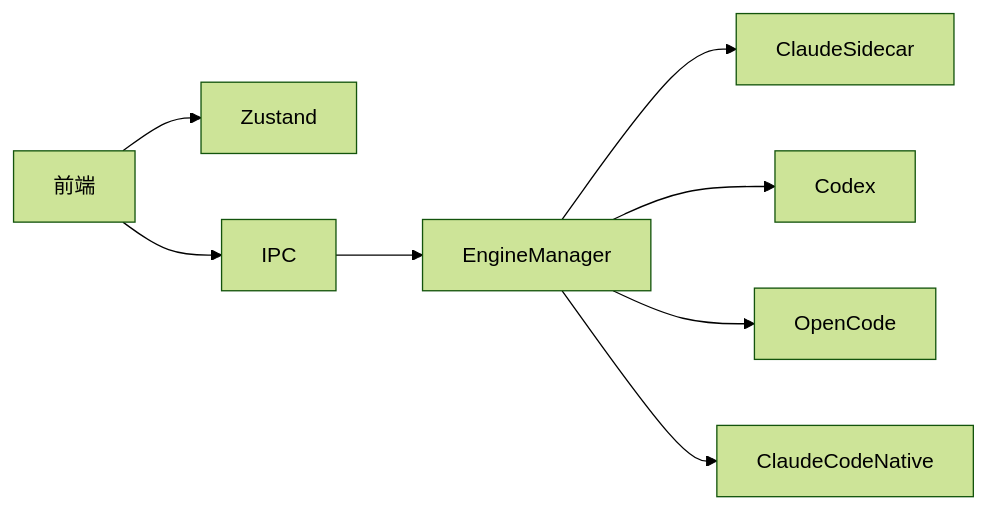
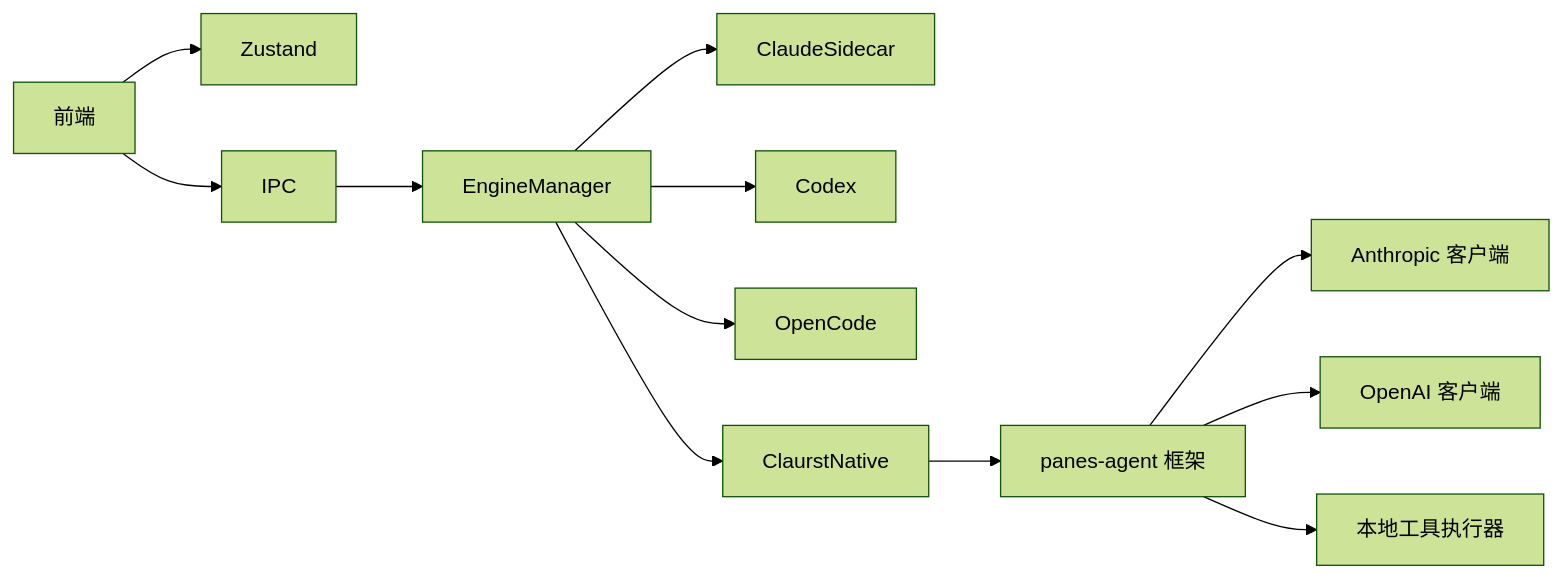
Before and after one commit to yattin/panes: the ninth of 9 diagrams in .qoder/repowiki/zh/content/核心功能/聊天和 AI 集成/AI 引擎管理.md, drawn with Mermaid (forest theme). The commit also changed other lines of this file and 45 other files, not shown here.

````diff
--- a/.qoder/repowiki/zh/content/核心功能/聊天和 AI 集成/AI 引擎管理.md
+++ b/.qoder/repowiki/zh/content/核心功能/聊天和 AI 集成/AI 引擎管理.md
@@ -315,10 +355,14 @@
 ```mermaid
 graph LR
 FE["前端"] --> Z["Zustand"]
 FE --> IPC["IPC"]
 IPC --> EM["EngineManager"]
 EM --> C1["ClaudeSidecar"]
 EM --> C2["Codex"]
 EM --> C3["OpenCode"]
-EM --> C4["ClaudeCodeNative"]
+EM --> C4["ClaurstNative"]
+C4 --> PA["panes-agent 框架"]
+PA --> P1["Anthropic 客户端"]
+PA --> P2["OpenAI 客户端"]
+PA --> P3["本地工具执行器"]
 ```
````
